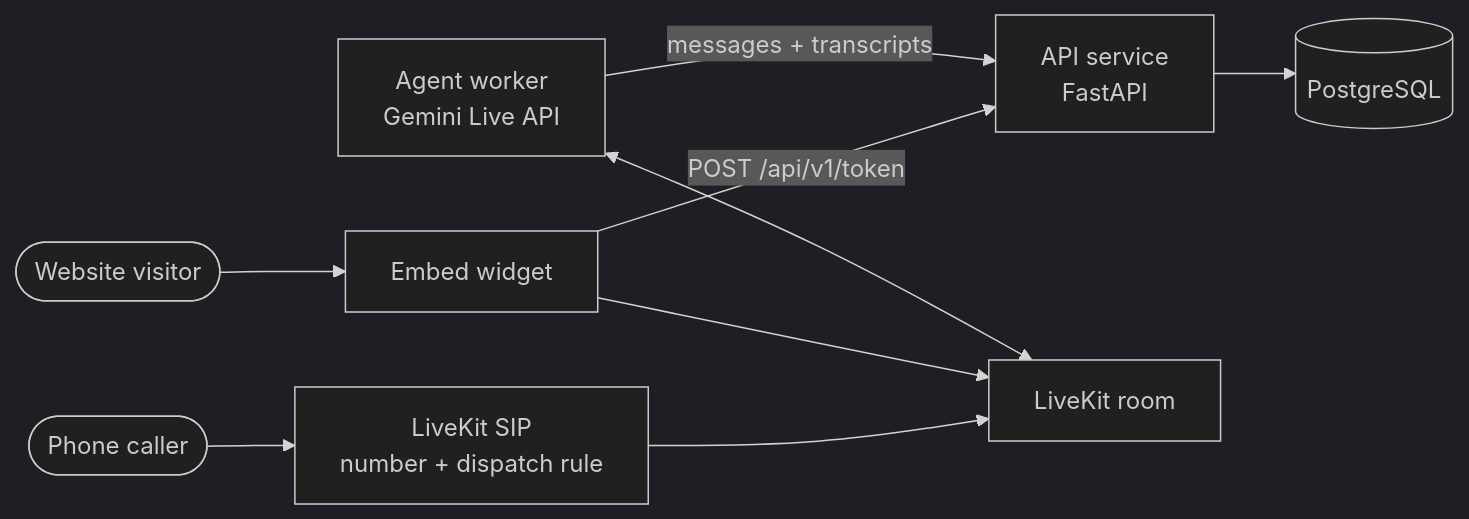
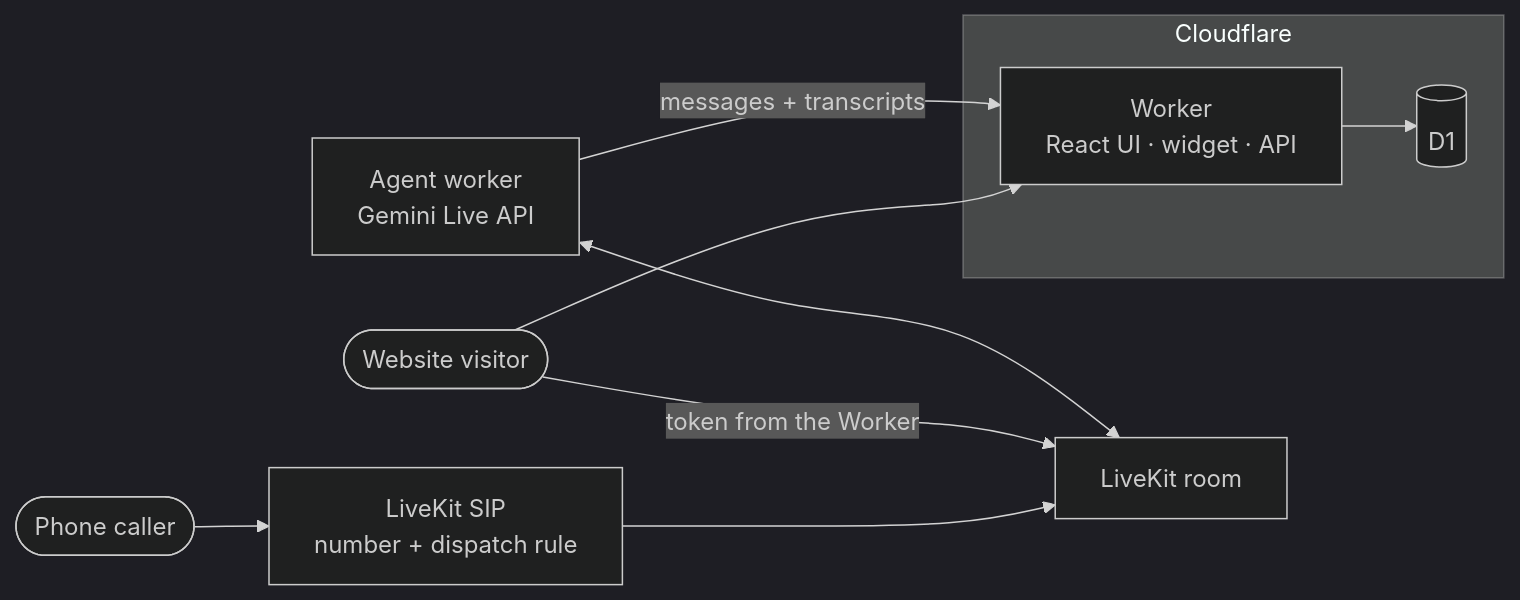
The diagram in README.md (s4b11/livekit-ivr), drawn with Mermaid (dark theme) before and after one commit. The commit also changed other lines of this file and 56 other files, not shown here.

````diff
--- a/README.md
+++ b/README.md
@@ -18,11 +22,12 @@
 ```mermaid
 flowchart LR
     caller([Phone caller]) --> sip["LiveKit SIP<br/>number + dispatch rule"]
-    visitor([Website visitor]) --> widget["Embed widget"]
-    widget -->|"POST /api/v1/token"| api["API service<br/>FastAPI"]
+    visitor([Website visitor]) --> worker
+    subgraph cf["Cloudflare"]
+        worker["Worker<br/>React UI · widget · API"] --> d1[("D1")]
+    end
     sip --> room["LiveKit room"]
-    widget --> room
+    visitor -->|"token from the Worker"| room
     agent["Agent worker<br/>Gemini Live API"] <--> room
-    agent -->|"messages + transcripts"| api
-    api --> db[("PostgreSQL")]
+    agent -->|"messages + transcripts"| worker
 ```
````
